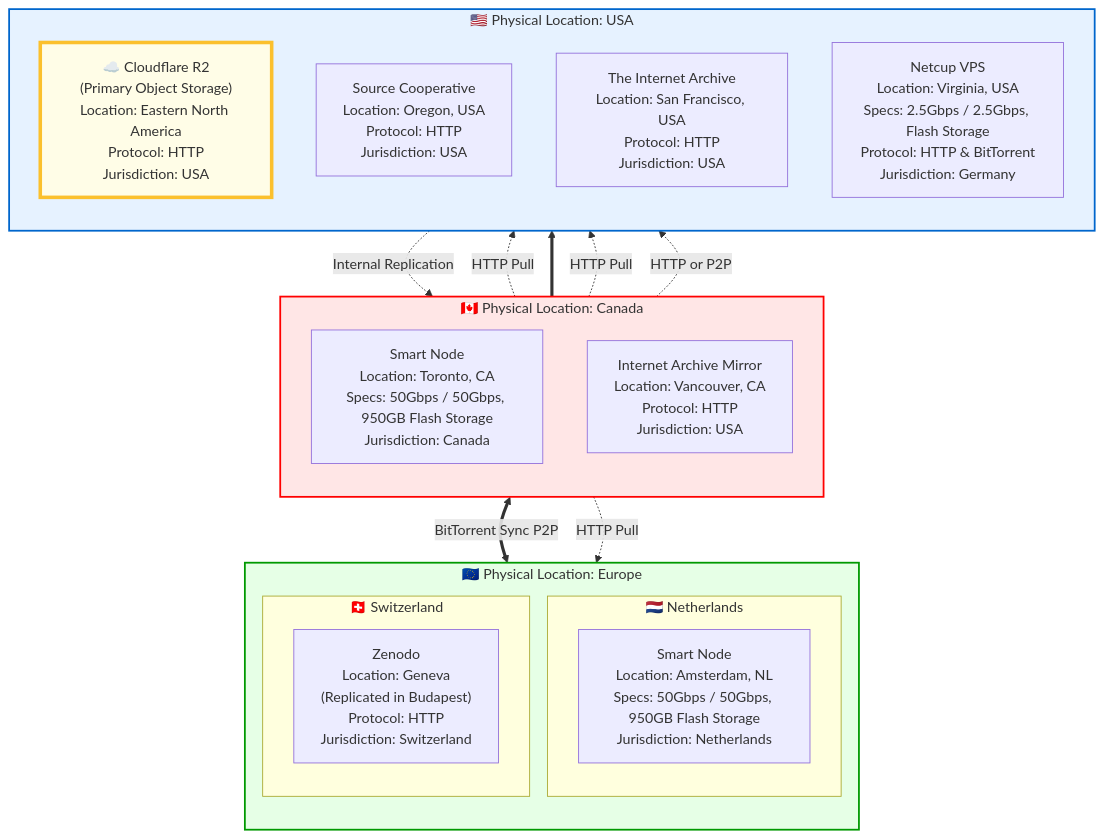
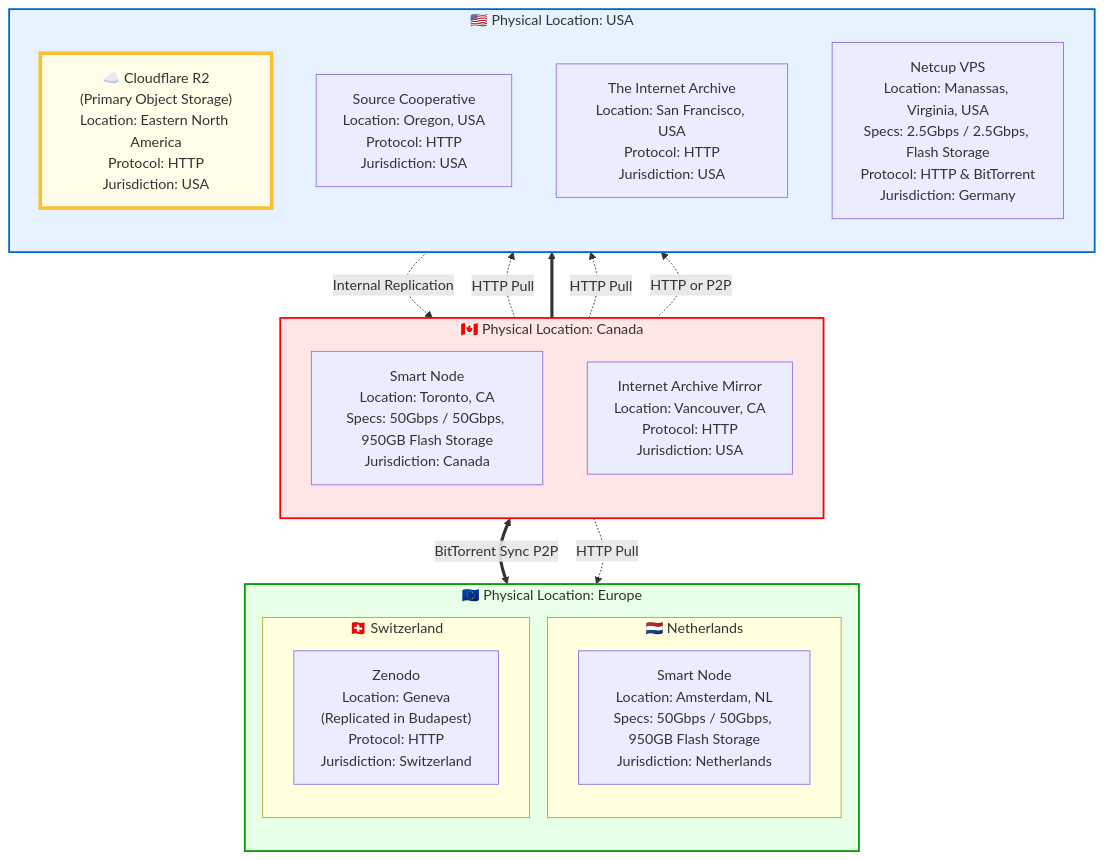
One commit to dataforcanada/www.dataforcanada.org changed the diagram in content/infrastructure/_index.md. Above: the diagram before and after it, drawn with Mermaid. The commit also changed other lines of this file, not shown here.

```diff
--- a/content/infrastructure/_index.md
+++ b/content/infrastructure/_index.md
@@ -55,7 +56,7 @@
 Jurisdiction: USA"]
         
         Netcup["Netcup VPS
-Location: Virginia, USA
+Location: Manassas, Virginia, USA
 Specs: 2.5Gbps / 2.5Gbps, Flash Storage
 Protocol: HTTP & BitTorrent
 Jurisdiction: Germany"]
```
